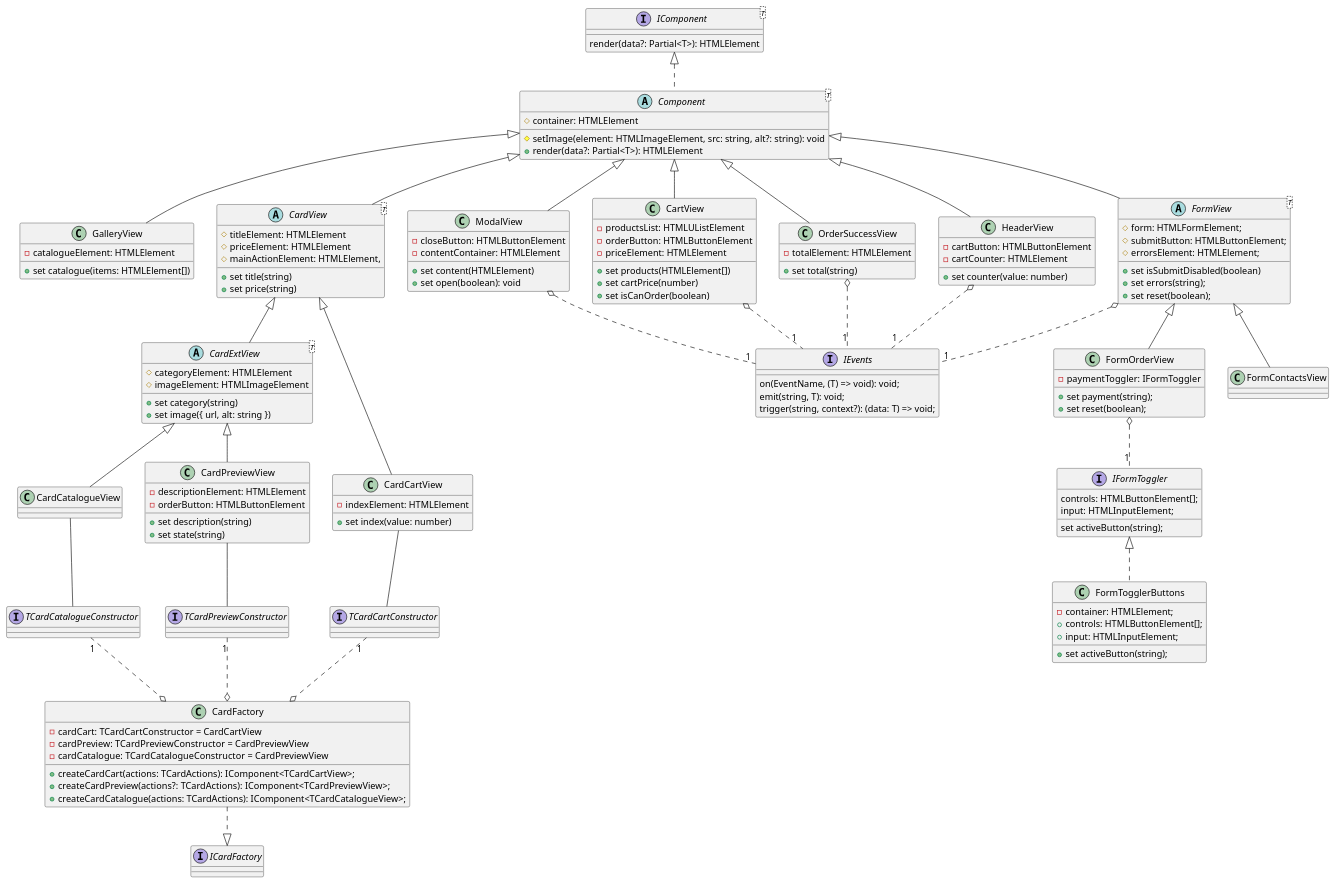
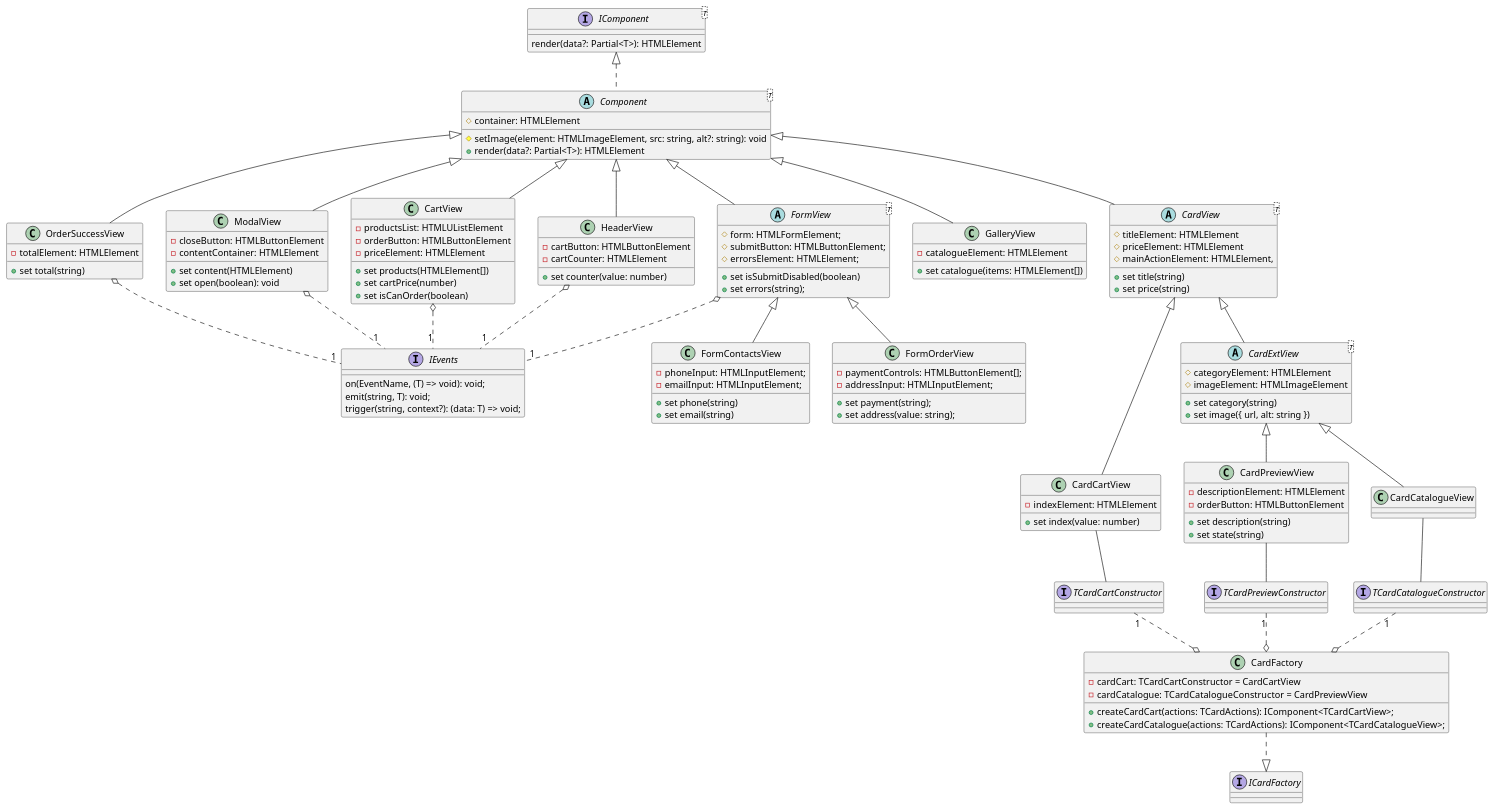
One commit to Mishbazian/weblarek changed the diagram in view.puml. Above: the diagram before and after it, drawn with PlantUML. The commit also changed 7 other files, not shown here.

```diff
--- a/view.puml
+++ b/view.puml
@@ -1,194 +1,179 @@
 @startuml ViewClassesDiagram
 
 'left to right direction
 'skinparam groupInheritance 2
 ' skinparam nodesep 20
 'skinparam ranksep 20
 
  together {
    class CardView
    class GalleryView
  }
 
  together {
    class FormView
    class HeaderView
  }
 
 interface IComponent<T> {
   render(data?: Partial<T>): HTMLElement
 }
 abstract class Component<T> implements IComponent{
   # container: HTMLElement
   # setImage(element: HTMLImageElement, src: string, alt?: string): void
   + render(data?: Partial<T>): HTMLElement
 }
 
 '----Хедер-----'
 class HeaderView {
   -cartButton: HTMLButtonElement
   -cartCounter: HTMLElement
   + set counter(value: number)
 }
 
 
 '---Каталог ---'
 
 class GalleryView {
   -catalogueElement: HTMLElement
   + set catalogue(items: HTMLElement[])
 }
 
 
 '------Модалка---------'
 
 class ModalView extends Component {
   -closeButton: HTMLButtonElement
   -contentContainer: HTMLElement
   + set content(HTMLElement)
   + set open(boolean): void
 }
 
 '-----Карточки------'
 '---Базовый класс---'
 
 abstract class CardView<T> extends Component {
   #titleElement: HTMLElement
   #priceElement: HTMLElement
   #mainActionElement: HTMLElement,
 
   + set title(string)
   + set price(string)
 }
 
 '-----Карточка для каталога---'
 
 abstract class CardExtView<T> extends CardView {
   #categoryElement: HTMLElement
   #imageElement: HTMLImageElement
 
   + set category(string)
   + set image({ url, alt: string })
 }
 
 class CardCatalogueView extends CardExtView {
 }
 
 '-----Карточка для превью---'
 
 
 class CardPreviewView extends CardExtView {
   -descriptionElement: HTMLElement
   -orderButton: HTMLButtonElement
 
   + set description(string)
   + set state(string)
 }
 
 
 '---Карточка для корзины----'
 class CardCartView extends CardView {
   -indexElement: HTMLElement
   + set index(value: number)
 }
 
 '---Корзина ---'
 
 class CartView extends Component {
   -productsList: HTMLUListElement
   -orderButton: HTMLButtonElement
   -priceElement: HTMLElement
   + set products(HTMLElement[])
   + set cartPrice(number)
   + set isCanOrder(boolean)
 }
 
-'-----Кнопки----'
-
-class FormTogglerButtons implements IFormToggler{
-  -container: HTMLElement;
-  +controls: HTMLButtonElement[];
-  +input: HTMLInputElement;
-  +set activeButton(string);
-}
-
-interface IFormToggler {
-  controls: HTMLButtonElement[];
-  input: HTMLInputElement;
-  set activeButton(string);
-}
-
-' FormTogglerButtons -left-> IFormToggler
 
 '---Формы----'
 
 abstract class FormView<T> extends Component {
   #form: HTMLFormElement;
   #submitButton: HTMLButtonElement;
   #errorsElement: HTMLElement;
   +set isSubmitDisabled(boolean)
   +set errors(string);
-  +set reset(boolean);
 }
 
 class FormOrderView extends FormView {
-  -paymentToggler: IFormToggler
+    -paymentControls: HTMLButtonElement[];
+    -addressInput: HTMLInputElement;
   + set payment(string);
-  + set reset(boolean);
+  + set address(value: string);
 }
 
 
 class FormContactsView extends FormView {
+    - phoneInput: HTMLInputElement;
+    - emailInput: HTMLInputElement;
+    + set phone(string)
+    + set email(string)
 }
 
 '----Заказ успешен--'
 
 class OrderSuccessView extends Component {
   -totalElement: HTMLElement
   + set total(string)
 }
 
 interface IEvents {
     on(EventName, (T) => void): void;
     emit(string, T): void;
     trigger(string, context?): (data: T) => void;
 }
 
 
 class CardFactory {
         - cardCart: TCardCartConstructor = CardCartView
-        - cardPreview: TCardPreviewConstructor = CardPreviewView
         - cardCatalogue: TCardCatalogueConstructor = CardPreviewView
     + createCardCart(actions: TCardActions): IComponent<TCardCartView>; 
-    + createCardPreview(actions?: TCardActions): IComponent<TCardPreviewView>;
     +createCardCatalogue(actions: TCardActions): IComponent<TCardCatalogueView>; 
 
 }
 
 interface TCardCartConstructor  
 interface TCardPreviewConstructor 
 interface TCardCatalogueConstructor
 interface ICardFactory
 
 HeaderView --|> Component
 GalleryView --|> Component
 
-FormOrderView o.."1" IFormToggler
 ModalView o.."1" IEvents
 HeaderView o.."1" IEvents
 FormView o.."1" IEvents
 CartView o.."1" IEvents
 OrderSuccessView o.."1" IEvents
 
 CardFactory o.up."1" TCardCartConstructor
 CardFactory o.up."1" TCardPreviewConstructor
 CardFactory o.up."1" TCardCatalogueConstructor
 CardFactory ..|>ICardFactory
 CardCartView -- TCardCartConstructor
 CardPreviewView -- TCardPreviewConstructor
 CardCatalogueView -- TCardCatalogueConstructor
 
 'hide <<interface>>
 'hide class circle
 'hide interface circle
 @enduml
```
